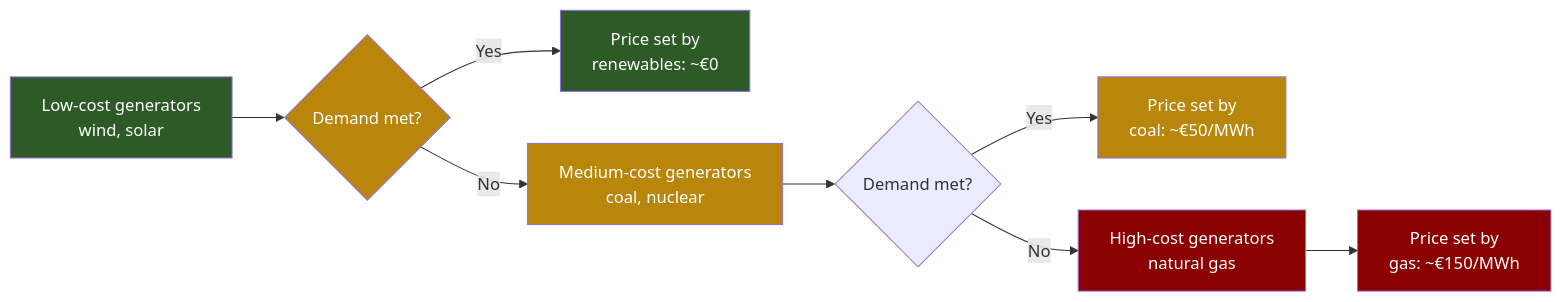
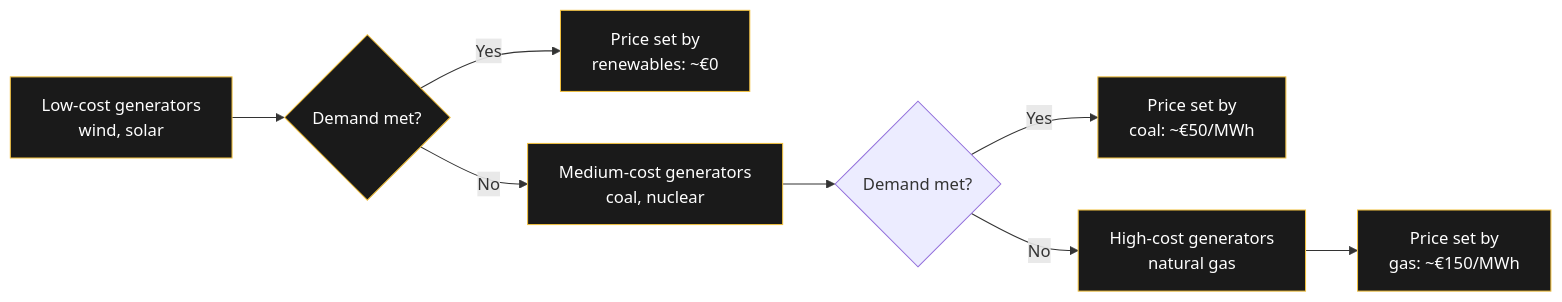
The diagram in content/Wirtschaft/Merit-Order-System.md (raulmina1/quartz-garden), drawn with Mermaid before and after one commit. The commit also changed 13 other files, not shown here.

Commit message:
all 10 improvements: dark flowcharts, Plausible analytics, favicon, CNAME for domain, OG images already active

````diff
--- a/content/Wirtschaft/Merit-Order-System.md
+++ b/content/Wirtschaft/Merit-Order-System.md
@@ -40,18 +40,18 @@
 ```mermaid
 flowchart LR
     A[Low-cost generators<br/>wind, solar] --> B{Demand met?}
     B -->|Yes| C[Price set by<br/>renewables: ~€0]
     B -->|No| D[Medium-cost generators<br/>coal, nuclear]
     D --> E{Demand met?}
     E -->|Yes| F[Price set by<br/>coal: ~€50/MWh]
     E -->|No| G[High-cost generators<br/>natural gas]
     G --> H[Price set by<br/>gas: ~€150/MWh]
     
-    style A fill:#2d5a27,color:#fff
-    style B fill:#b8860b,color:#fff
-    style C fill:#2d5a27,color:#fff
-    style D fill:#b8860b,color:#fff
-    style F fill:#b8860b,color:#fff
-    style G fill:#8b0000,color:#fff
-    style H fill:#8b0000,color:#fff
+    style A fill:#1a1a1a,stroke:#f0c040,color:#fff
+    style B fill:#1a1a1a,stroke:#f0c040,color:#fff
+    style C fill:#1a1a1a,stroke:#f0c040,color:#fff
+    style D fill:#1a1a1a,stroke:#f0c040,color:#fff
+    style F fill:#1a1a1a,stroke:#f0c040,color:#fff
+    style G fill:#1a1a1a,stroke:#f0c040,color:#fff
+    style H fill:#1a1a1a,stroke:#f0c040,color:#fff
 ```
````
